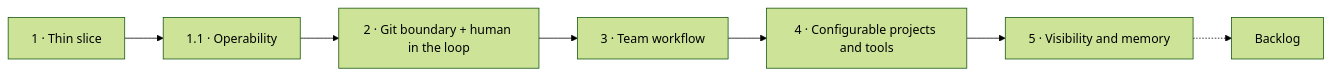
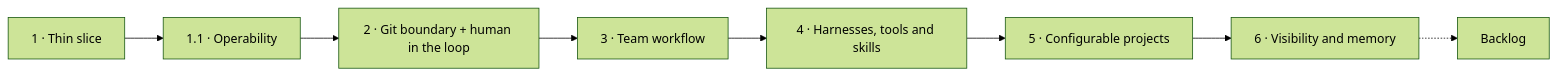
The diagram in product/iterations/roadmap.md (prskr/dark-factory), drawn with Mermaid (forest theme) before and after one commit. The commit also changed other lines of this file and 8 other files, not shown here.

First line of the commit message:
docs: restructure the roadmap into a single list of deferred work

````diff
--- a/product/iterations/roadmap.md
+++ b/product/iterations/roadmap.md
@@ -7,9 +9,10 @@
 ```mermaid
 flowchart LR
   I1[1 · Thin slice] --> I11[1.1 · Operability]
   I11 --> I2[2 · Git boundary + human in the loop]
   I2 --> I3[3 · Team workflow]
-  I3 --> I4[4 · Configurable projects and tools]
-  I4 --> I5[5 · Visibility and memory]
-  I5 -.-> B[Backlog]
+  I3 --> I4[4 · Harnesses, tools and skills]
+  I4 --> I5[5 · Configurable projects]
+  I5 --> I6[6 · Visibility and memory]
+  I6 -.-> B[Backlog]
 ```
````
